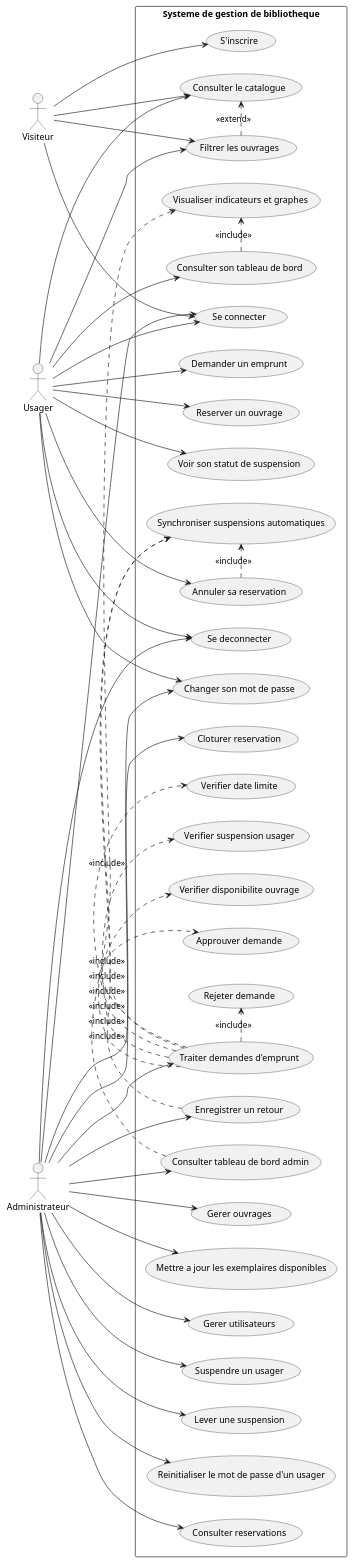
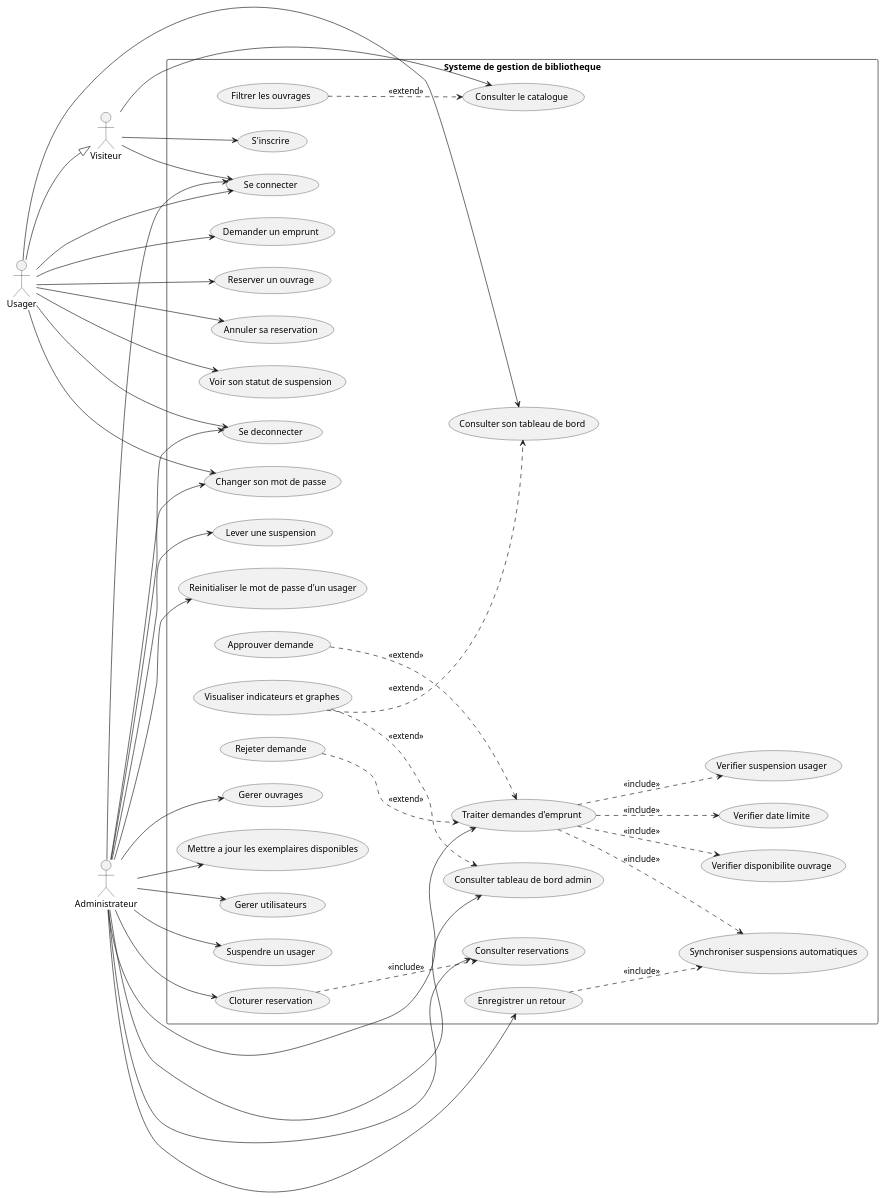
The diagram in diagrams/diagramme_cas_utilisation.puml (JunRoot29/Gestion-d-une-Bibliotheque), drawn with PlantUML before and after one commit. The commit also changed 23 other files, not shown here.

Commit message:
Mise à jour des diagrammes, Ajout d'image t du powerpoint

```diff
--- a/diagrams/diagramme_cas_utilisation.puml
+++ b/diagrams/diagramme_cas_utilisation.puml
@@ -1,88 +1,87 @@
 @startuml
 left to right direction
 actor "Visiteur" as V
 actor "Usager" as U
 actor "Administrateur" as A
 
 rectangle "Systeme de gestion de bibliotheque" {
   usecase "Consulter le catalogue" as UC1
   usecase "Filtrer les ouvrages" as UC2
 
   usecase "S'inscrire" as UC3
   usecase "Se connecter" as UC4
   usecase "Se deconnecter" as UC5
   usecase "Changer son mot de passe" as UC6
 
   usecase "Demander un emprunt" as UC7
   usecase "Reserver un ouvrage" as UC8
   usecase "Annuler sa reservation" as UC9
   usecase "Consulter son tableau de bord" as UC10
   usecase "Voir son statut de suspension" as UC11
 
   usecase "Gerer ouvrages" as UC12
   usecase "Mettre a jour les exemplaires disponibles" as UC13
   usecase "Gerer utilisateurs" as UC14
   usecase "Suspendre un usager" as UC15
   usecase "Lever une suspension" as UC16
   usecase "Reinitialiser le mot de passe d'un usager" as UC17
 
   usecase "Traiter demandes d'emprunt" as UC18
   usecase "Approuver demande" as UC19
   usecase "Rejeter demande" as UC20
   usecase "Verifier date limite" as UC21
   usecase "Verifier suspension usager" as UC22
   usecase "Verifier disponibilite ouvrage" as UC23
 
   usecase "Enregistrer un retour" as UC24
   usecase "Synchroniser suspensions automatiques" as UC25
 
   usecase "Consulter reservations" as UC26
   usecase "Cloturer reservation" as UC27
 
   usecase "Consulter tableau de bord admin" as UC28
   usecase "Visualiser indicateurs et graphes" as UC29
 }
 
+U --|> V
+
 V --> UC1
-V --> UC2
 V --> UC3
 V --> UC4
 
-U --> UC1
-U --> UC2
 U --> UC4
 U --> UC5
 U --> UC6
 U --> UC7
 U --> UC8
 U --> UC9
 U --> UC10
 U --> UC11
 
 A --> UC4
 A --> UC5
 A --> UC6
 A --> UC12
 A --> UC13
 A --> UC14
 A --> UC15
 A --> UC16
 A --> UC17
 A --> UC18
 A --> UC24
 A --> UC26
 A --> UC27
 A --> UC28
 
-UC2 .> UC1 : <<extend>>
-UC18 .> UC19 : <<include>>
-UC18 .> UC20 : <<include>>
-UC18 .> UC21 : <<include>>
-UC18 .> UC22 : <<include>>
-UC18 .> UC23 : <<include>>
-UC24 .> UC25 : <<include>>
-UC18 .> UC25 : <<include>>
-UC9 .> UC25 : <<include>>
-UC10 .> UC29 : <<include>>
-UC28 .> UC29 : <<include>>
+UC2 ..> UC1 : <<extend>>
+UC18 ..> UC21 : <<include>>
+UC18 ..> UC22 : <<include>>
+UC18 ..> UC23 : <<include>>
+UC19 ..> UC18 : <<extend>>
+UC20 ..> UC18 : <<extend>>
+UC24 ..> UC25 : <<include>>
+UC18 ..> UC25 : <<include>>
+UC27 ..> UC26 : <<include>>
+UC29 ..> UC10 : <<extend>>
+UC29 ..> UC28 : <<extend>>
 @enduml
```
